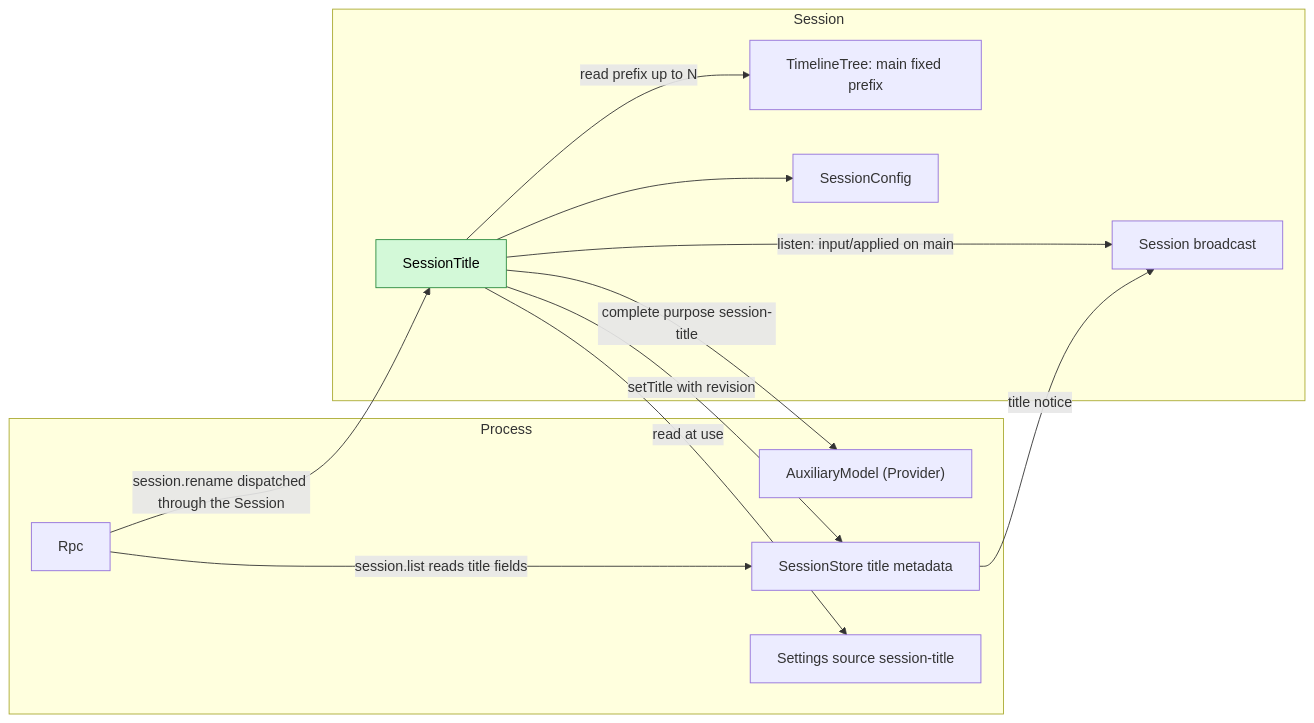
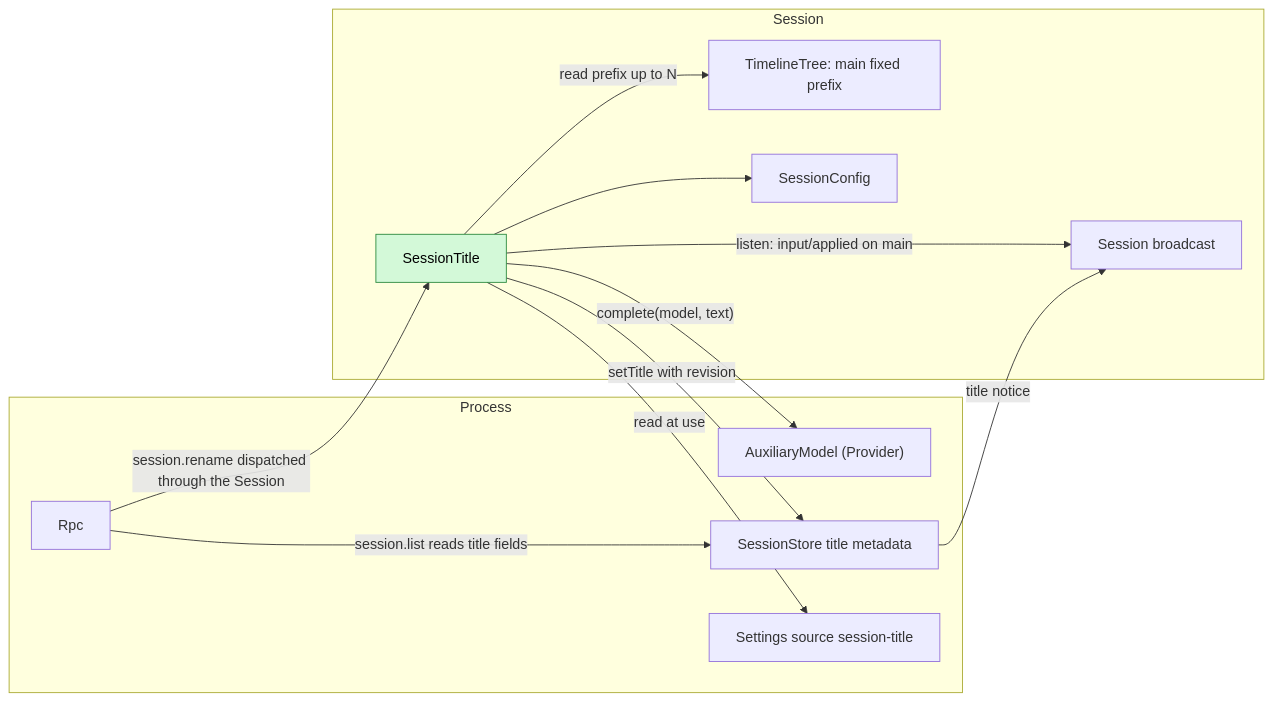
The first of 5 diagrams in docs/design/plugins/SessionTitle.md (CoutinhoTTS/dim-agent), drawn with Mermaid before and after one commit. The commit also changed other lines of this file and 14 other files, not shown here.

````diff
--- a/docs/design/plugins/SessionTitle.md
+++ b/docs/design/plugins/SessionTitle.md
@@ -9,25 +9,25 @@
 ```mermaid
 flowchart LR
   subgraph PROC["Process"]
     AUX["AuxiliaryModel (Provider)"]
     META["SessionStore title metadata"]
     Settings["Settings source session-title"]
     Rpc["Rpc"]
   end
   subgraph SESS["Session"]
     ST["SessionTitle"]:::new
     SB["Session broadcast"]
     TT["TimelineTree: main fixed prefix"]
     CFG["SessionConfig"]
   end
   ST -->|"listen: input/applied on main"| SB
   ST -->|"read prefix up to N"| TT
   ST --> CFG
-  ST -->|"complete purpose session-title"| AUX
+  ST -->|"complete(model, text)"| AUX
   ST -->|"setTitle with revision"| META
   META -->|"title notice"| SB
   ST -->|"read at use"| Settings
   Rpc -->|"session.rename dispatched through the Session"| ST
   Rpc -->|"session.list reads title fields"| META
   classDef new fill:#d3f9d8,stroke:#2b8a3e,color:#000
 ```
````
